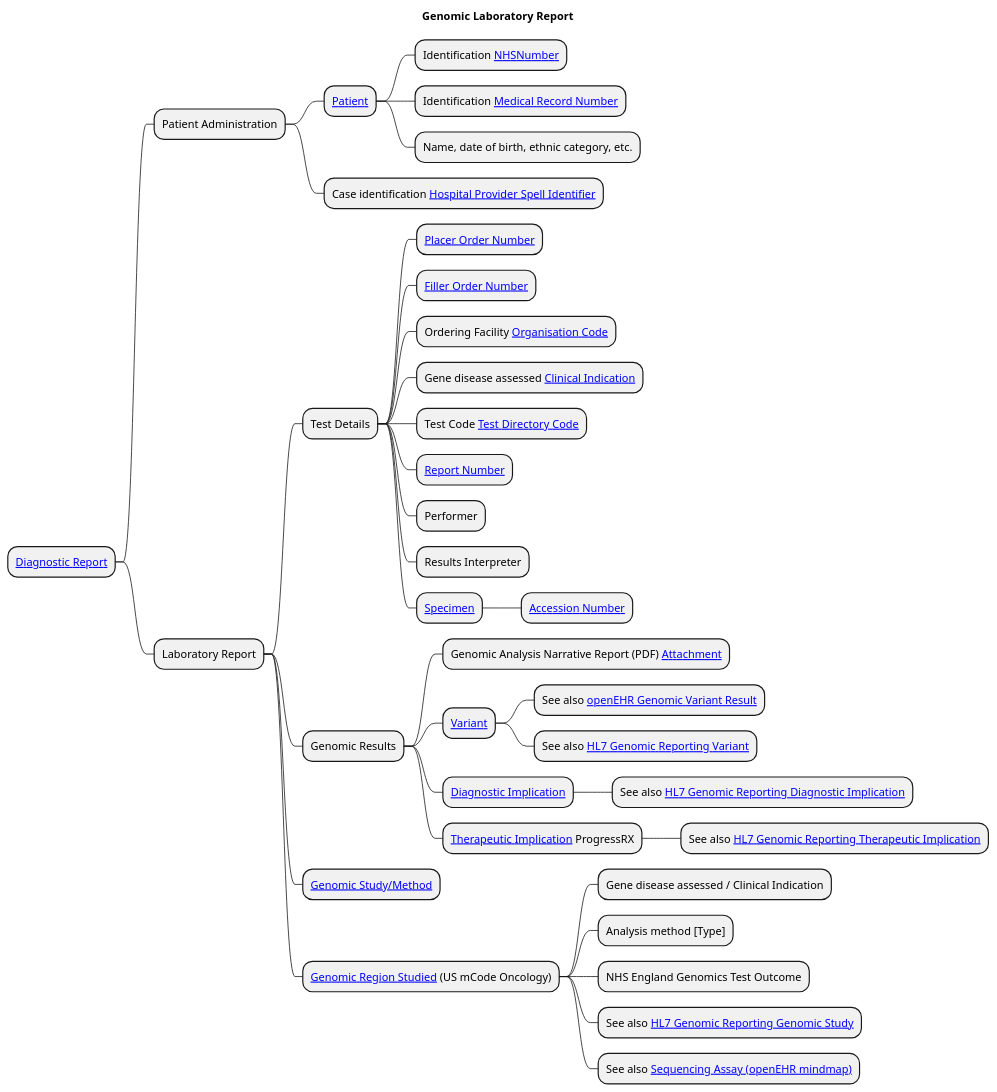
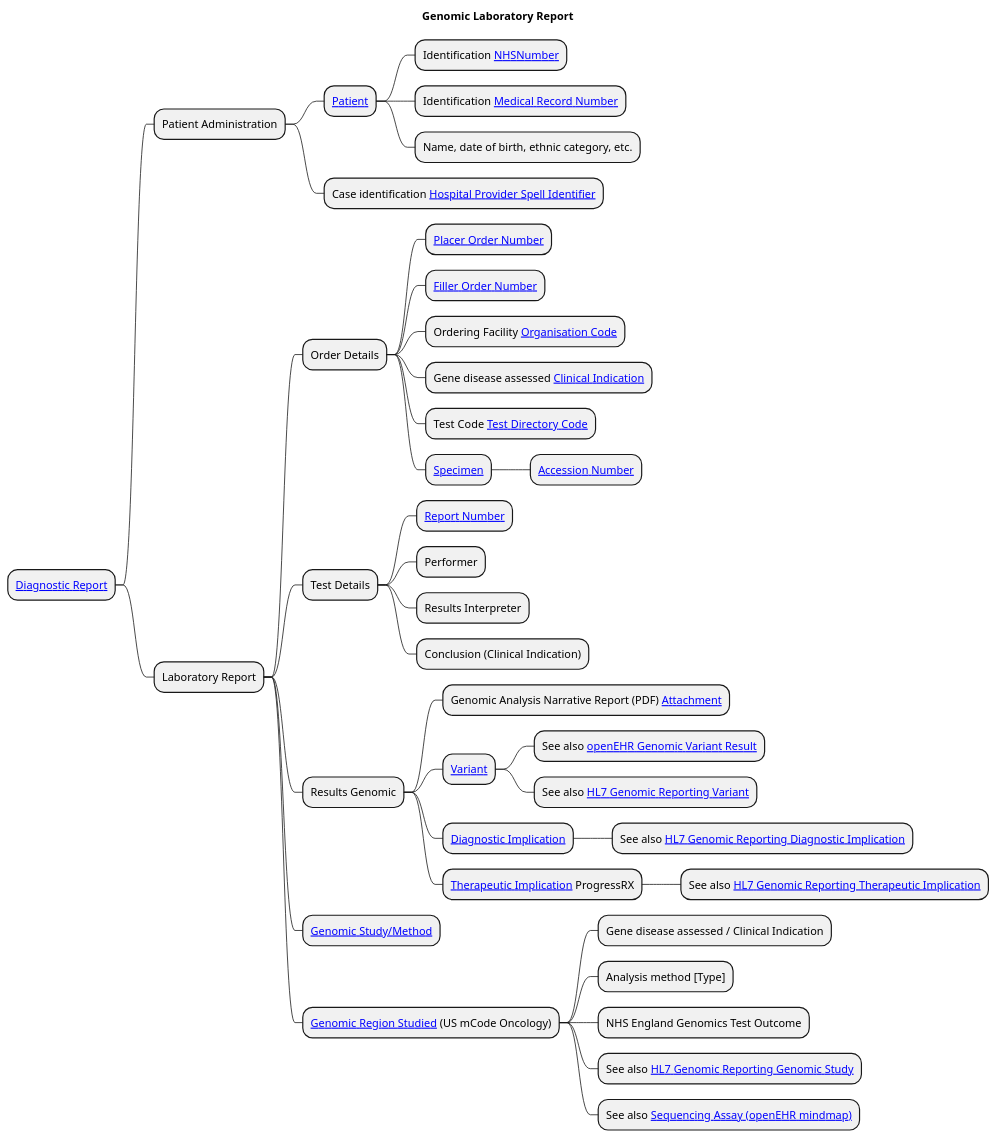
Before and after one commit to uk-gov-mirror/nw-gmsa.nw-gmsa.github.com: the diagram in input/images-source/LaboratoryReport-mindmap.plantuml, drawn with PlantUML. The commit also changed 1 other file, not shown here.

```diff
--- a/input/images-source/LaboratoryReport-mindmap.plantuml
+++ b/input/images-source/LaboratoryReport-mindmap.plantuml
@@ -1,41 +1,43 @@
 @startmindmap
 
 title "Genomic Laboratory Report"
 
 * [[StructureDefinition-DiagnosticReport.html Diagnostic Report]]
 ** Patient Administration
 *** [[StructureDefinition-Patient.html Patient]]
 **** Identification [[StructureDefinition-NHSNumber.html NHSNumber]]
 **** Identification [[StructureDefinition-MedicalRecordNumber.html Medical Record Number]]
 **** Name, date of birth, ethnic category, etc.
 *** Case identification [[StructureDefinition-HospitalProviderSpellIdentifier.html Hospital Provider Spell Identifier]]
 ** Laboratory Report
-*** Test Details
+*** Order Details
 **** [[StructureDefinition-PlacerOrderNumber.html Placer Order Number]]
 **** [[StructureDefinition-FillerOrderNumber.html Filler Order Number]]
 **** Ordering Facility [[StructureDefinition-OrganisationCode.html Organisation Code]]
 **** Gene disease assessed [[CodeSystem-GenomicClinicalIndication.html Clinical Indication]]
 **** Test Code [[CodeSystem-GenomicTestCode.html Test Directory Code]]
+**** [[StructureDefinition-Specimen.html Specimen]]
+***** [[StructureDefinition-AccessionNumber.html Accession Number]]
+*** Test Details
 **** [[StructureDefinition-ReportNumber.html Report Number]]
 **** Performer
 **** Results Interpreter
-**** [[StructureDefinition-Specimen.html Specimen]]
-***** [[StructureDefinition-AccessionNumber.html Accession Number]]
-*** Genomic Results
+**** Conclusion (Clinical Indication)
+*** Results Genomic
 **** Genomic Analysis Narrative Report (PDF) [[StructureDefinition-NWAttachment.html Attachment]]
 **** [[StructureDefinition-Observation-Variant.html Variant]]
 ***** See also [[https://ckm.openehr.org/ckm/archetypes/1013.1.3759/mindmap openEHR Genomic Variant Result]]
 ***** See also [[https://build.fhir.org/ig/HL7/genomics-reporting/StructureDefinition-variant.html HL7 Genomic Reporting Variant]]
 **** [[StructureDefinition-Observation-DiagnosticImplication.html Diagnostic Implication]]
 ***** See also [[https://build.fhir.org/ig/HL7/genomics-reporting/StructureDefinition-diagnostic-implication.html HL7 Genomic Reporting Diagnostic Implication]]
 **** [[StructureDefinition-Observation-TherapeuticImplication.html Therapeutic Implication]] ProgressRX
 ***** See also [[https://build.fhir.org/ig/HL7/genomics-reporting/StructureDefinition-therapeutic-implication.html HL7 Genomic Reporting Therapeutic Implication]]
 *** [[StructureDefinition-Procedure-GenomicStudy.html Genomic Study/Method]]
 *** [[https://build.fhir.org/ig/HL7/fhir-mCODE-ig/StructureDefinition-mcode-genomic-region-studied.html Genomic Region Studied]] (US mCode Oncology)
 **** Gene disease assessed / Clinical Indication
 **** Analysis method [Type]
 **** NHS England Genomics Test Outcome
 **** See also [[https://build.fhir.org/ig/HL7/genomics-reporting/StructureDefinition-genomic-study.html HL7 Genomic Reporting Genomic Study]]
 **** See also [[https://ckm.openehr.org/ckm/archetypes/1013.1.4256/mindmap Sequencing Assay (openEHR mindmap)]]
 
 @endmindmap
```
